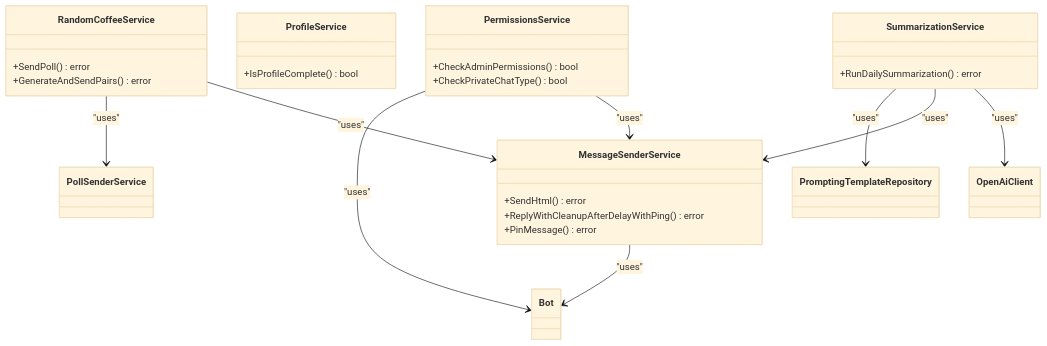
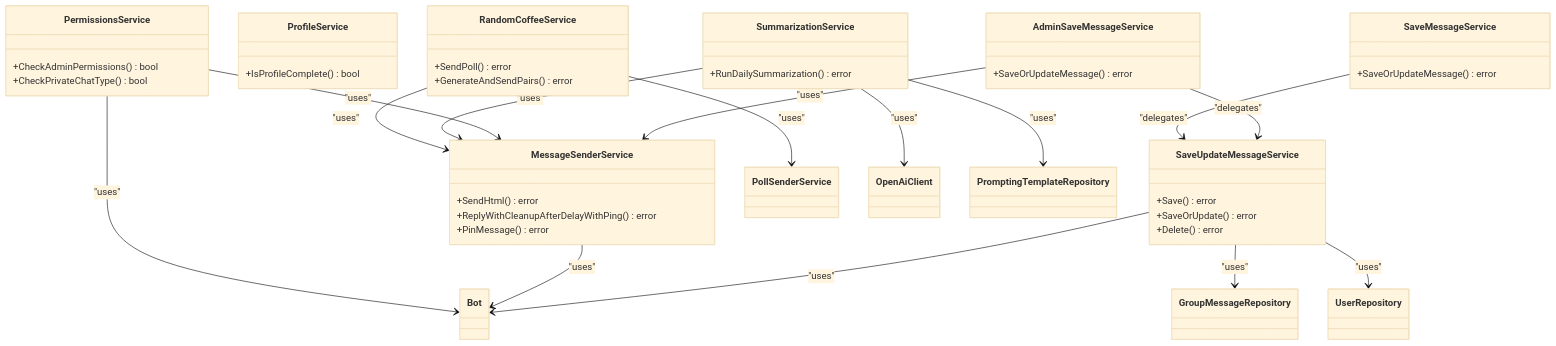
One commit to it-beard/evo-bot-go changed the eighth of 8 diagrams in .qoder/repowiki/en/content/Service Layer/Service Layer.md. Above: the diagram before and after it, drawn with Mermaid (base theme). The commit also changed other lines of this file and 22 other files, not shown here.

````diff
--- a/.qoder/repowiki/en/content/Service Layer/Service Layer.md
+++ b/.qoder/repowiki/en/content/Service Layer/Service Layer.md
@@ -234,30 +285,47 @@
 ```mermaid
 classDiagram
 class RandomCoffeeService {
 +SendPoll() error
 +GenerateAndSendPairs() error
 }
 class ProfileService {
 +IsProfileComplete() bool
 }
 class SummarizationService {
 +RunDailySummarization() error
 }
 class PermissionsService {
 +CheckAdminPermissions() bool
 +CheckPrivateChatType() bool
 }
 class MessageSenderService {
 +SendHtml() error
 +ReplyWithCleanupAfterDelayWithPing() error
 +PinMessage() error
 }
+class SaveUpdateMessageService {
++Save() error
++SaveOrUpdate() error
++Delete() error
+}
+class SaveMessageService {
++SaveOrUpdateMessage() error
+}
+class AdminSaveMessageService {
++SaveOrUpdateMessage() error
+}
 RandomCoffeeService --> MessageSenderService : "uses"
 RandomCoffeeService --> PollSenderService : "uses"
 SummarizationService --> OpenAiClient : "uses"
 SummarizationService --> MessageSenderService : "uses"
 SummarizationService --> PromptingTemplateRepository : "uses"
 PermissionsService --> MessageSenderService : "uses"
 PermissionsService --> Bot : "uses"
 MessageSenderService --> Bot : "uses"
+SaveUpdateMessageService --> GroupMessageRepository : "uses"
+SaveUpdateMessageService --> UserRepository : "uses"
+SaveUpdateMessageService --> Bot : "uses"
+SaveMessageService --> SaveUpdateMessageService : "delegates"
+AdminSaveMessageService --> SaveUpdateMessageService : "delegates"
+AdminSaveMessageService --> MessageSenderService : "uses"
 ```
````
